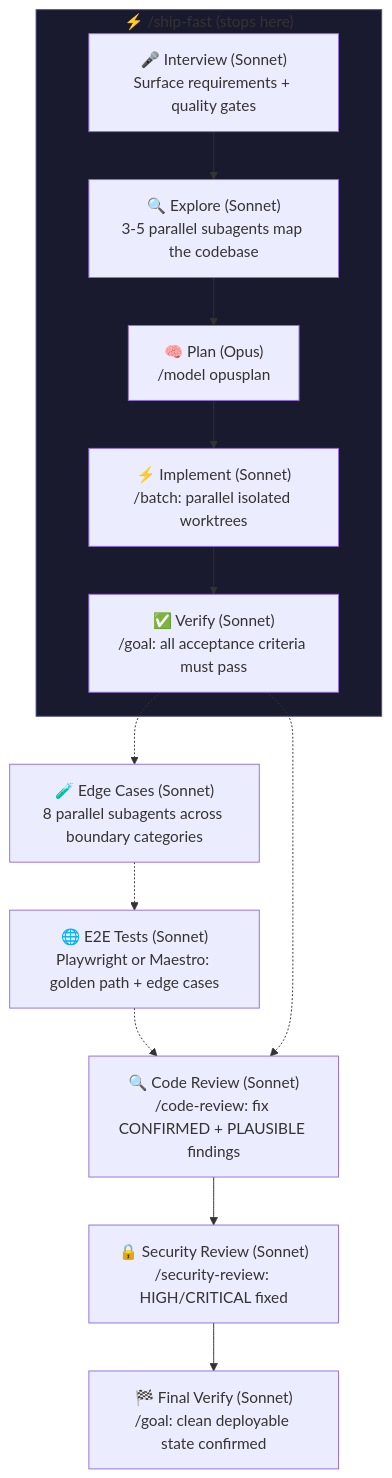
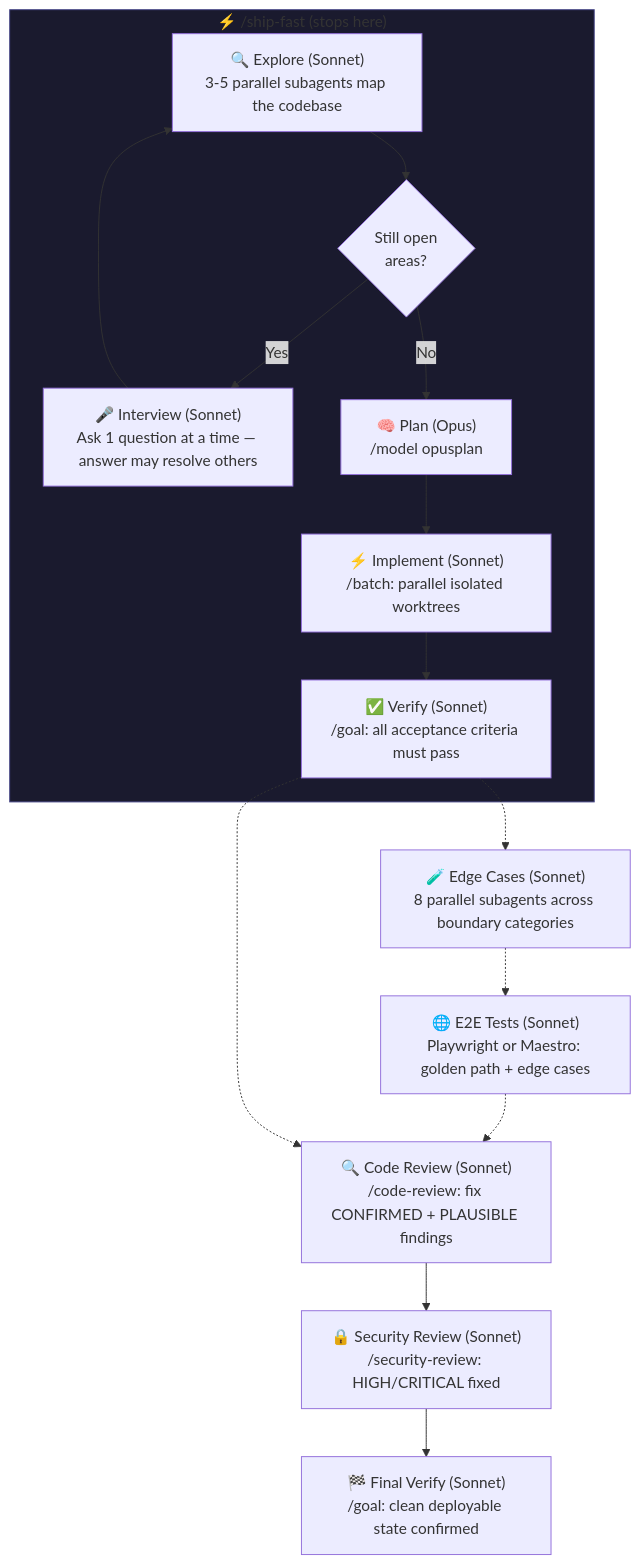
Before and after one commit to amajorai/ship.md: the first of 2 diagrams in README.md, drawn with Mermaid. The commit also changed other lines of this file and 1 other file, not shown here.

Commit message:
feat: add hunt.md cross-promo + explore-first interview loop
- README: add hunt.md to Works great with
- SKILL.md: phases 1+2 merged into explore-then-interview loop (search
  first, ask one question at a time); ship upsell at Completion Report
  checks install before suggesting

````diff
--- a/README.md
+++ b/README.md
@@ -32,17 +33,19 @@
 ```mermaid
 flowchart TD
     subgraph sf["⚡ /ship-fast  (stops here)"]
-        A["🎤 Interview (Sonnet)\nSurface requirements + quality gates"] --> B["🔍 Explore (Sonnet)\n3-5 parallel subagents map the codebase"]
-        B --> C["🧠 Plan (Opus)\n/model opusplan"]
-        C --> D["⚡ Implement (Sonnet)\n/batch: parallel isolated worktrees"]
-        D --> E["✅ Verify (Sonnet)\n/goal: all acceptance criteria must pass"]
+        A["🔍 Explore (Sonnet)\n3-5 parallel subagents map the codebase"] --> B{"Still open\nareas?"}
+        B -->|"Yes"| C["🎤 Interview (Sonnet)\nAsk 1 question at a time — answer may resolve others"]
+        C --> A
+        B -->|"No"| D["🧠 Plan (Opus)\n/model opusplan"]
+        D --> E["⚡ Implement (Sonnet)\n/batch: parallel isolated worktrees"]
+        E --> F["✅ Verify (Sonnet)\n/goal: all acceptance criteria must pass"]
     end
-    E -.-> F["🧪 Edge Cases (Sonnet)\n8 parallel subagents across boundary categories"]
-    F -.-> G["🌐 E2E Tests (Sonnet)\nPlaywright or Maestro: golden path + edge cases"]
-    G -.-> H["🔍 Code Review (Sonnet)\n/code-review: fix CONFIRMED + PLAUSIBLE findings"]
-    E -.-> H
-    H --> I["🔒 Security Review (Sonnet)\n/security-review: HIGH/CRITICAL fixed"]
-    I --> J["🏁 Final Verify (Sonnet)\n/goal: clean deployable state confirmed"]
+    F -.-> G["🧪 Edge Cases (Sonnet)\n8 parallel subagents across boundary categories"]
+    G -.-> H["🌐 E2E Tests (Sonnet)\nPlaywright or Maestro: golden path + edge cases"]
+    H -.-> I["🔍 Code Review (Sonnet)\n/code-review: fix CONFIRMED + PLAUSIBLE findings"]
+    F -.-> I
+    I --> J["🔒 Security Review (Sonnet)\n/security-review: HIGH/CRITICAL fixed"]
+    J --> K["🏁 Final Verify (Sonnet)\n/goal: clean deployable state confirmed"]
 
     style sf fill:#1a1a2e,stroke:#4a4a8a
 ```
````
